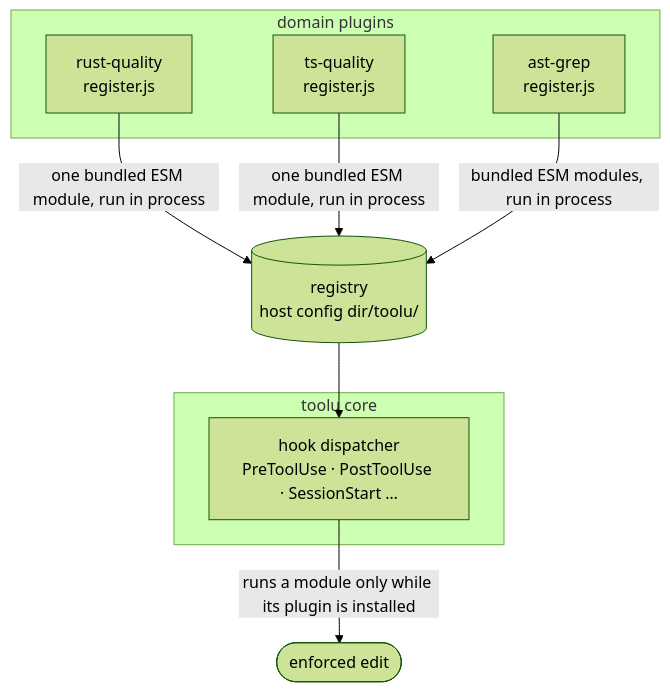
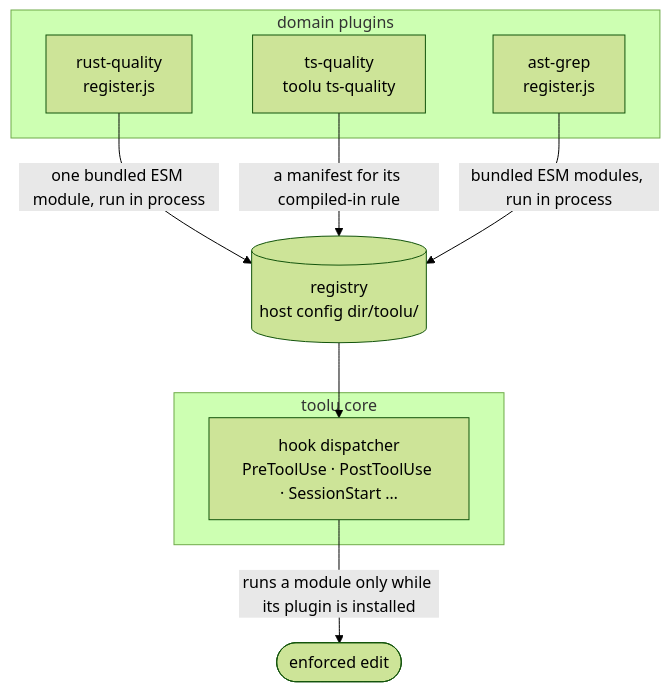
The second of 2 diagrams in README.md (Falconiere/toolu), drawn with Mermaid (forest theme) before and after one commit. The commit also changed other lines of this file and 112 other files, not shown here.

````diff
--- a/README.md
+++ b/README.md
@@ -270,16 +270,16 @@
 ```mermaid
 flowchart TD
     subgraph core["toolu core"]
         D["hook dispatcher<br/>PreToolUse · PostToolUse · SessionStart …"]
     end
     subgraph plugins["domain plugins"]
         RQ["rust-quality<br/>register.js"]
-        TQ["ts-quality<br/>register.js"]
+        TQ["ts-quality<br/>toolu ts-quality"]
         AG["ast-grep<br/>register.js"]
     end
     RQ -- "one bundled ESM module, run in process" --> R[("registry<br/>host config dir/toolu/")]
-    TQ -- "one bundled ESM module, run in process" --> R
+    TQ -- "a manifest for its compiled-in rule" --> R
     AG -- "bundled ESM modules, run in process" --> R
     R --> D
     D -- "runs a module only while its plugin is installed" --> OUT([enforced edit])
 ```
````
